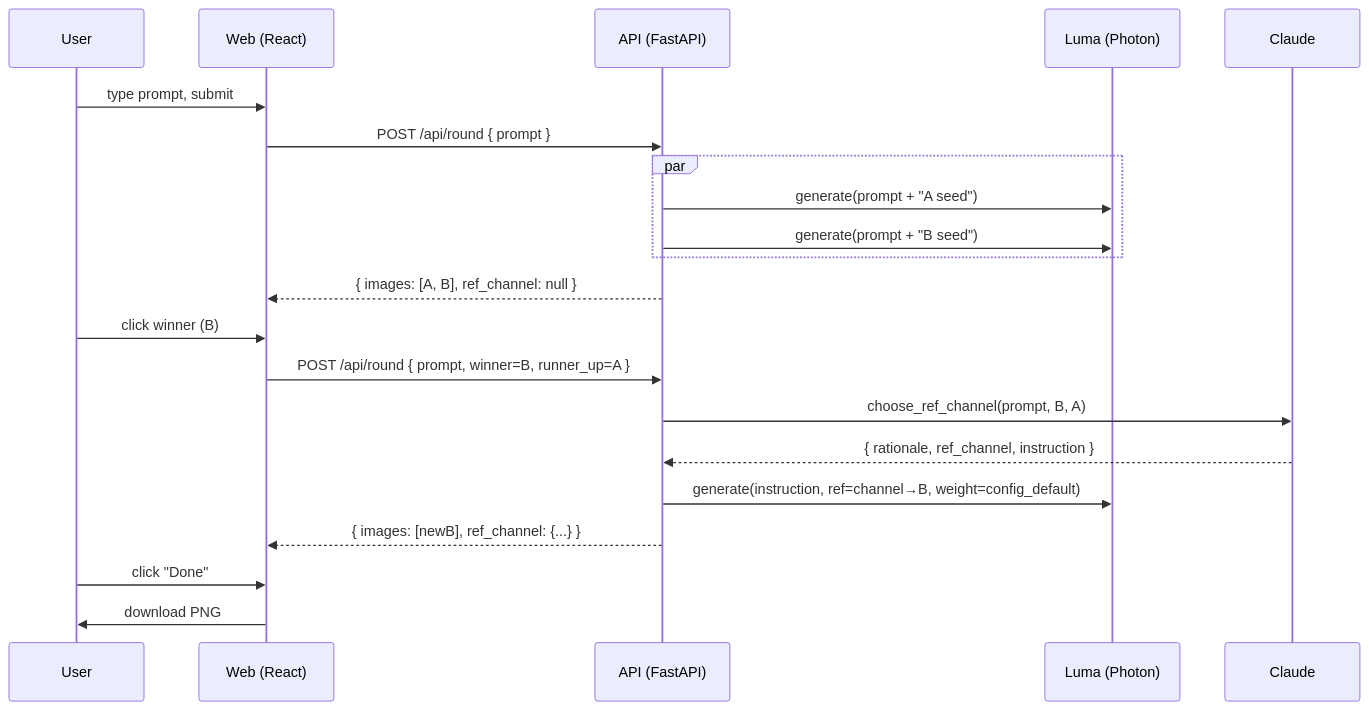
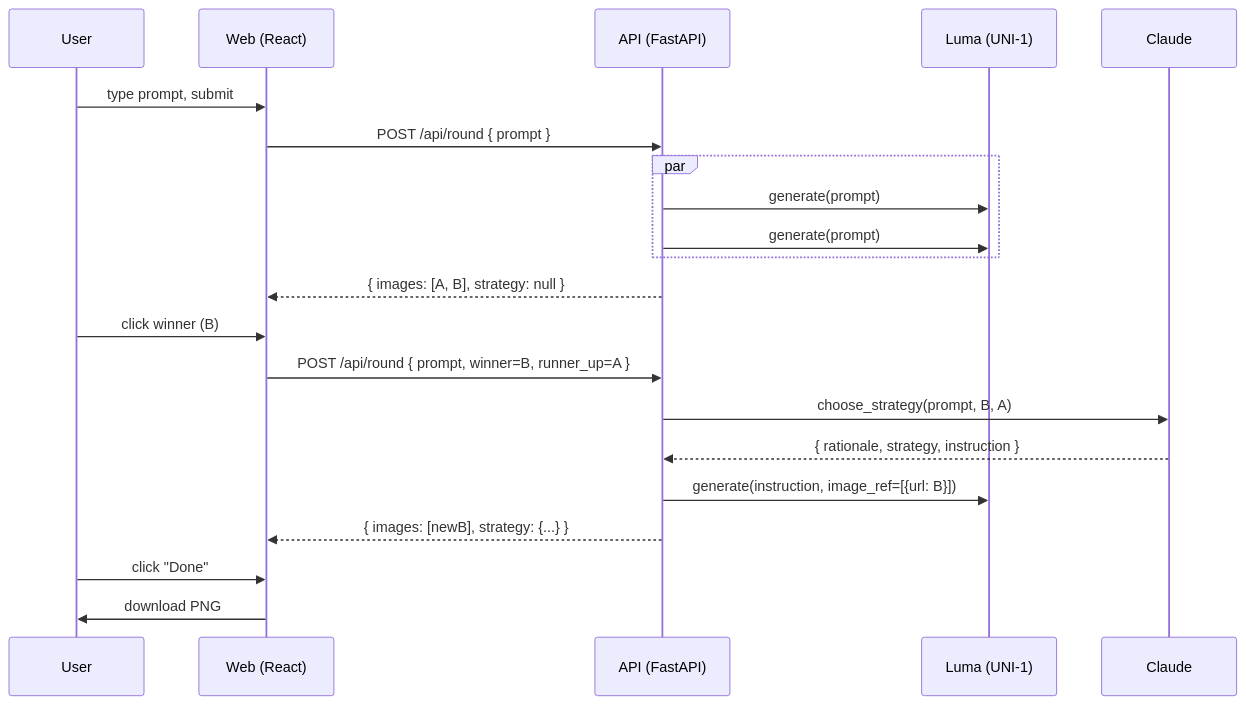
One commit to milasaurus/image-morpher changed the diagram in docs/plan.md. Above: the diagram before and after it, drawn with Mermaid. The commit also changed other lines of this file and 8 other files, not shown here.

````diff
--- a/docs/plan.md
+++ b/docs/plan.md
@@ -173,26 +193,26 @@
 ```mermaid
 sequenceDiagram
   participant U as User
   participant W as Web (React)
   participant A as API (FastAPI)
-  participant L as Luma (Photon)
+  participant L as Luma (UNI-1)
   participant C as Claude
 
   U->>W: type prompt, submit
   W->>A: POST /api/round { prompt }
   par
-    A->>L: generate(prompt + "A seed")
-    A->>L: generate(prompt + "B seed")
+    A->>L: generate(prompt)
+    A->>L: generate(prompt)
   end
-  A-->>W: { images: [A, B], ref_channel: null }
+  A-->>W: { images: [A, B], strategy: null }
 
   U->>W: click winner (B)
   W->>A: POST /api/round { prompt, winner=B, runner_up=A }
-  A->>C: choose_ref_channel(prompt, B, A)
-  C-->>A: { rationale, ref_channel, instruction }
-  A->>L: generate(instruction, ref=channel→B, weight=config_default)
-  A-->>W: { images: [newB], ref_channel: {...} }
+  A->>C: choose_strategy(prompt, B, A)
+  C-->>A: { rationale, strategy, instruction }
+  A->>L: generate(instruction, image_ref=[{url: B}])
+  A-->>W: { images: [newB], strategy: {...} }
 
   U->>W: click "Done"
   W->>U: download PNG
 ```
````
